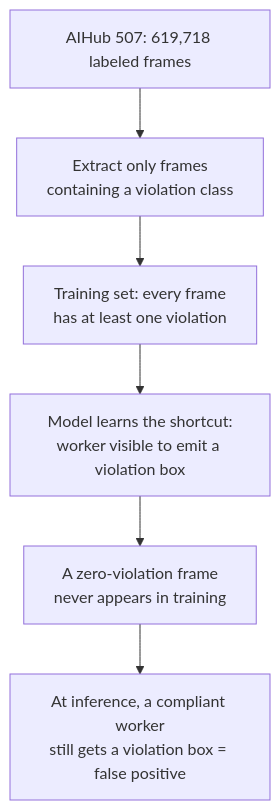
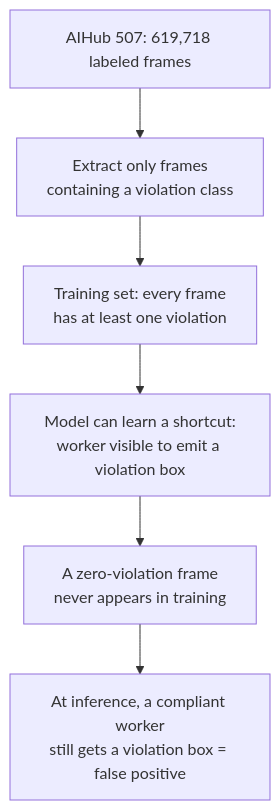
One commit to youngunghan/scitechblog changed the second of 3 diagrams in _posts/2026-06-11-rtmdet-safety-gear-false-positives.md. Above: the diagram before and after it, drawn with Mermaid. The commit also changed other lines of this file and 87 other files, not shown here.

````diff
--- a/_posts/2026-06-11-rtmdet-safety-gear-false-positives.md
+++ b/_posts/2026-06-11-rtmdet-safety-gear-false-positives.md
@@ -82,8 +82,8 @@
 ```mermaid
 flowchart TB
     A["AIHub 507: 619,718 labeled frames"] --> B["Extract only frames<br/>containing a violation class"]
     B --> C["Training set: every frame<br/>has at least one violation"]
-    C --> D["Model learns the shortcut:<br/>worker visible to emit a violation box"]
+    C --> D["Model can learn a shortcut:<br/>worker visible to emit a violation box"]
     D --> E["A zero-violation frame<br/>never appears in training"]
     E --> F["At inference, a compliant worker<br/>still gets a violation box = false positive"]
 ```
````
